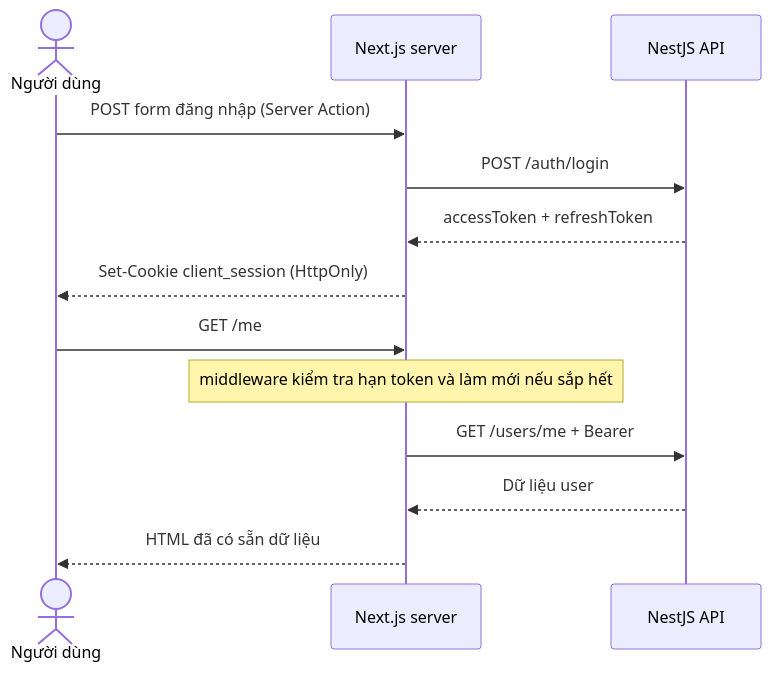
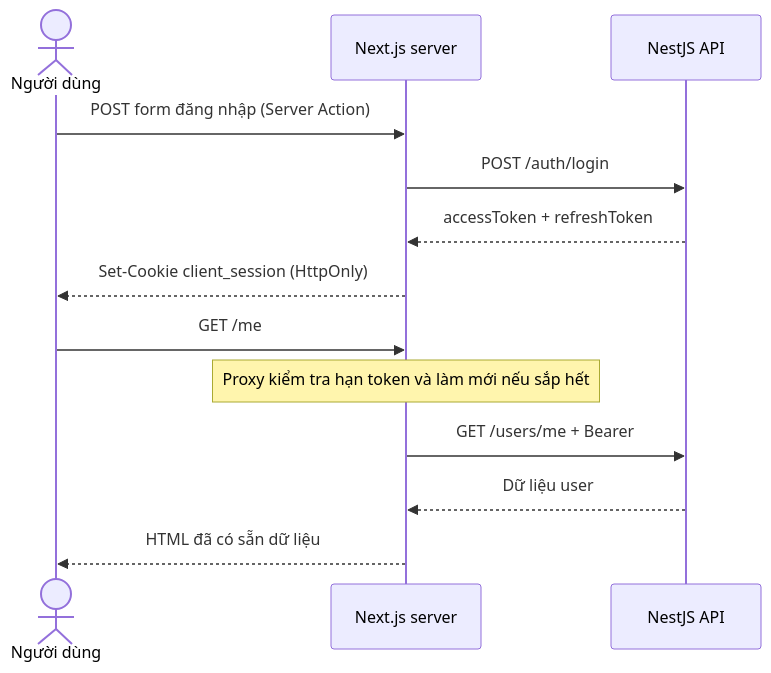
The second of 2 diagrams in apps/client/README.md (8eyond-Infinite/turborepo-advanced-starter), drawn with Mermaid before and after one commit. The commit also changed other lines of this file and 2 other files, not shown here.

Commit message:
refactor(client): migrate auth boundary to next proxy

````diff
--- a/apps/client/README.md
+++ b/apps/client/README.md
@@ -40,17 +40,17 @@
 ```mermaid
 sequenceDiagram
     actor U as Người dùng
     participant N as Next.js server
     participant A as NestJS API
 
     U->>N: POST form đăng nhập (Server Action)
     N->>A: POST /auth/login
     A-->>N: accessToken + refreshToken
     N-->>U: Set-Cookie client_session (HttpOnly)
 
     U->>N: GET /me
-    Note over N: middleware kiểm tra hạn token và làm mới nếu sắp hết
+    Note over N: Proxy kiểm tra hạn token và làm mới nếu sắp hết
     N->>A: GET /users/me + Bearer
     A-->>N: Dữ liệu user
     N-->>U: HTML đã có sẵn dữ liệu
 ```
````
